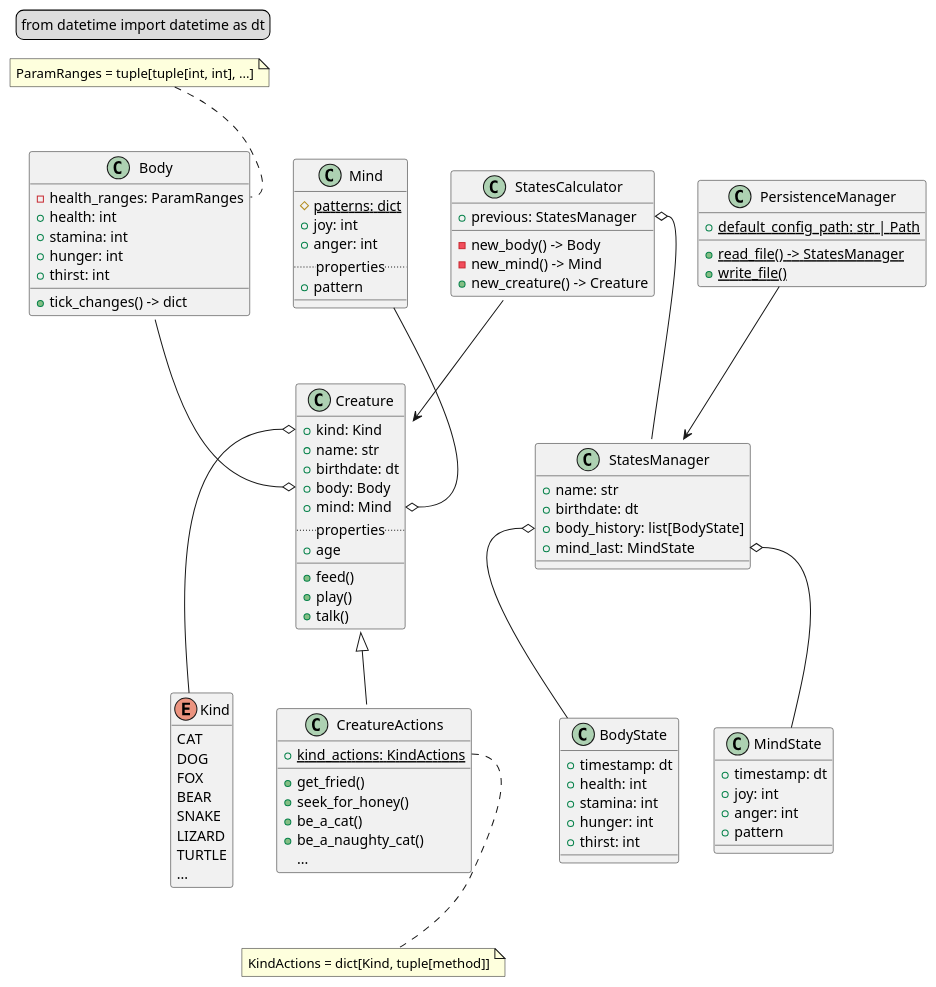
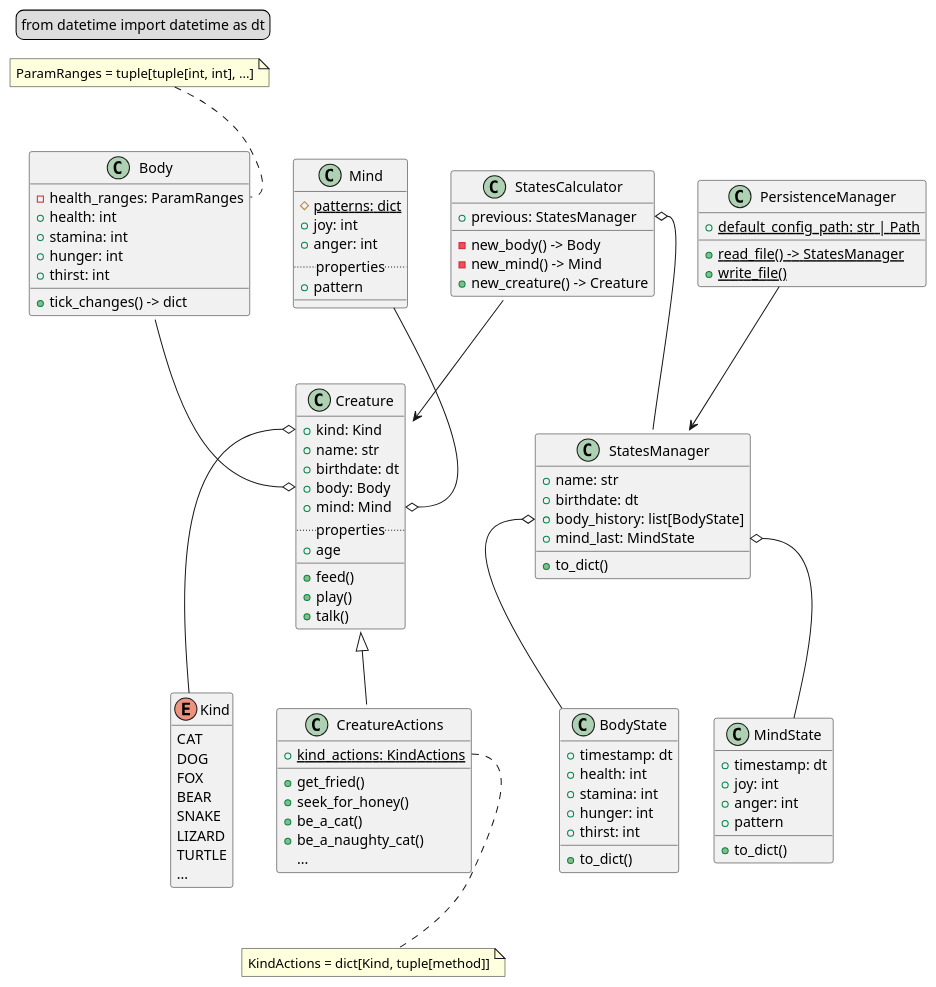
Before and after one commit to TOP-Python221/_project2_reference: the diagram in model.puml, drawn with PlantUML. The commit also changed 8 other files, not shown here.

```diff
--- a/model.puml
+++ b/model.puml
@@ -1,134 +1,137 @@
 @startuml
 
 <style>
     legend {
         FontName Fira Mono
     }
     note {
         FontName Fira Mono
     }
 </style>
 
 
 legend top left
     from datetime import datetime as dt
 end legend
 
 
 hide enum empty members
 
 enum Kind {
     CAT
     DOG
     FOX
     BEAR
     SNAKE
     LIZARD
     TURTLE
     ...
 }
 
 
 class Creature {
     +kind: Kind
     +name: str
     +birthdate: dt
     +body: Body
     +mind: Mind
     ..properties..
     +age
     __
     +feed()
     +play()
     +talk()
 }
 Creature <|-- CreatureActions
 Creature::kind o-- Kind
 
 
 class CreatureActions {
     +{static}kind_actions: KindActions
     +get_fried()
     +seek_for_honey()
     +be_a_cat()
     +be_a_naughty_cat()
     {method}...
 }
 note as annotation
     KindActions = dict[Kind, tuple[method]]
 end note
 CreatureActions::kind_actions .. annotation
 
 
 class StatesCalculator {
     +previous: StatesManager
     -new_body() -> Body
     -new_mind() -> Mind
     +new_creature() -> Creature
 }
 StatesCalculator::previous o-- StatesManager
 StatesCalculator --> Creature
 
 
 class Body {
     -health_ranges: ParamRanges
     +health: int
     +stamina: int
     +hunger: int
     +thirst: int
     +tick_changes() -> dict
 }
 Body --o Creature::body
 note as annotation2
     ParamRanges = tuple[tuple[int, int], ...]
 end note
 annotation2 .. Body::health_ranges
 
 
 class Mind {
     #{static}patterns: dict
     +joy: int
     +anger: int
     ..properties..
     +pattern
     __
 }
 Mind --o Creature::mind
 
 
 class BodyState {
     +timestamp: dt
     +health: int
     +stamina: int
     +hunger: int
     +thirst: int
+    +to_dict()
 }
 
 
 class MindState {
     +timestamp: dt
     +joy: int
     +anger: int
     +pattern
+    +to_dict()
 }
 
 
 class StatesManager {
     +name: str
     +birthdate: dt
     +body_history: list[BodyState]
     +mind_last: MindState
+    +to_dict()
 }
 
 
 class PersistenceManager {
     +{static}default_config_path: str | Path
     +{static}read_file() -> StatesManager
     +{static}write_file()
 }
 PersistenceManager --> StatesManager
 StatesManager::body_history o-- BodyState
 StatesManager::mind_last o-- MindState
 
 
 @enduml
```
